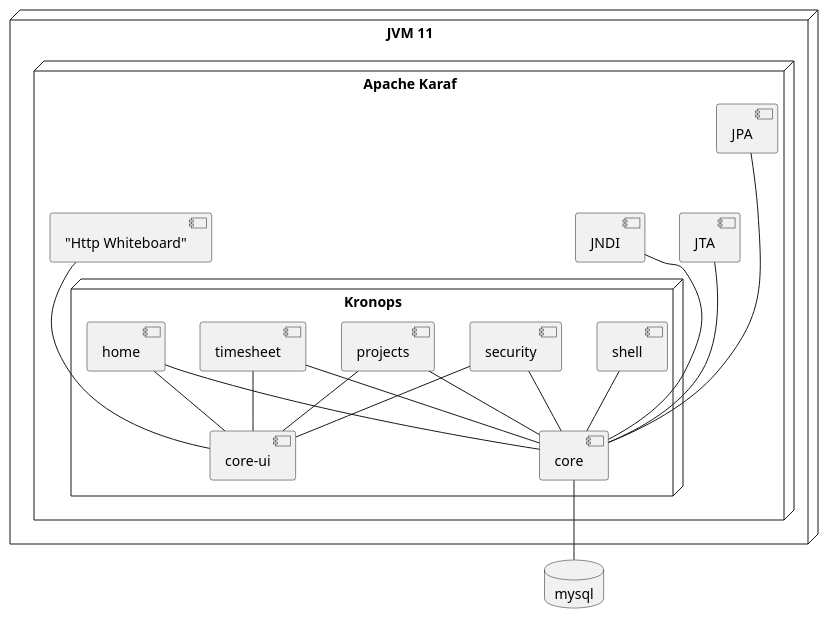
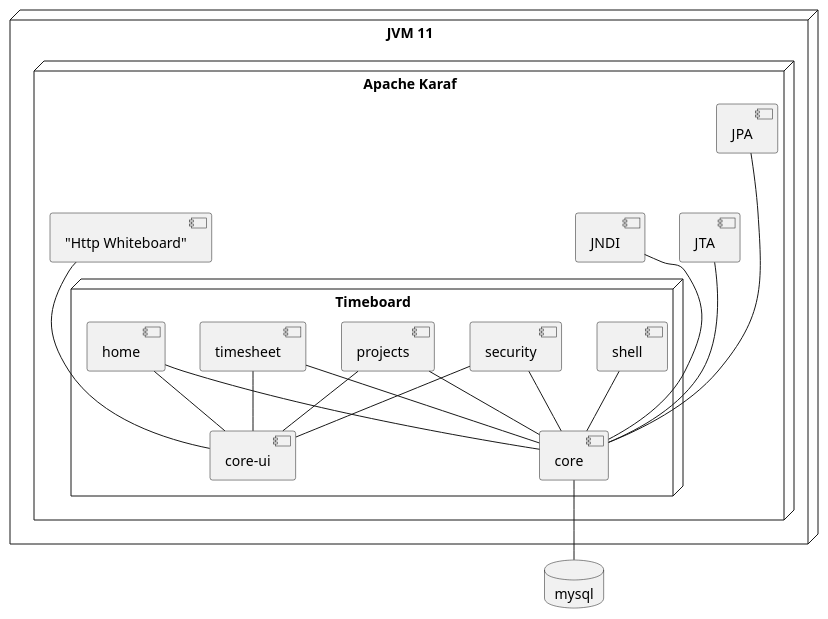
Before and after one commit to TimeboardIO/timeboard: the diagram in docs/modeling/Deployment.puml, drawn with PlantUML. The commit also changed 194 other files, not shown here.

```diff
--- a/docs/modeling/Deployment.puml
+++ b/docs/modeling/Deployment.puml
@@ -1,37 +1,37 @@
 @startuml
 
 database mysql
 
 node "JVM 11" {
     node "Apache Karaf"{
 
 
-         node "Kronops"{
+         node "Timeboard"{
              [core] -- mysql
              [security] -- core
              [security] -- [core-ui]
              [projects] -- core
              [timesheet] -- core
              [home] -- core
              [shell] -- core
              [projects] -- [core-ui]
              [timesheet] -- [core-ui]
              [home] -- [core-ui]
 
 
          }
 
 
 
          [JPA] ---- core
          [JTA] --- core
          [JNDI] --- core
 
          ["Http Whiteboard"] --- [core-ui]
     }
 }
 
 
 
 
 @enduml
```
